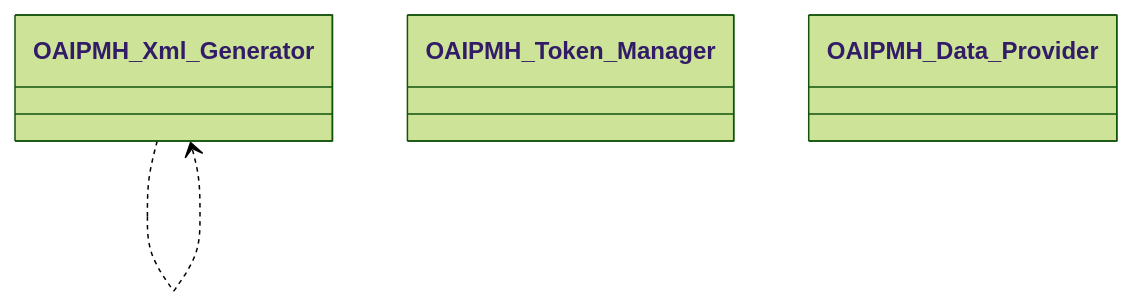
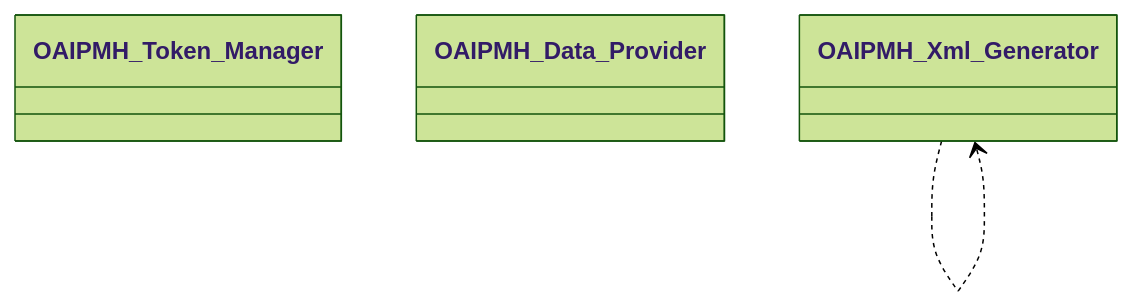
Before and after one commit to tainacan/tainacan: diagram 11 of 13 in docs/phpdoc/Home.md, drawn with Mermaid (forest theme). The commit also changed other lines of this file and 84 other files, not shown here.

````diff
--- a/docs/phpdoc/Home.md
+++ b/docs/phpdoc/Home.md
@@ -666,8 +666,8 @@
 ```mermaid
 classDiagram
     direction TB
-    class OAIPMH_Xml_Generator { }
     class OAIPMH_Token_Manager { }
     class OAIPMH_Data_Provider { }
+    class OAIPMH_Xml_Generator { }
     OAIPMH_Xml_Generator ..> OAIPMH_Xml_Generator
 ```
````
